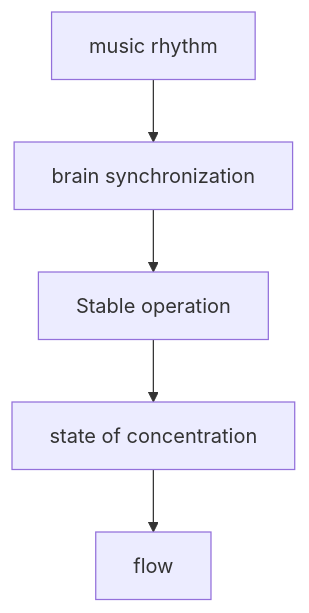
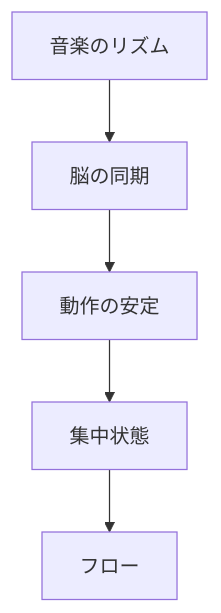
Before and after one commit to monumental-movement/monumental-movement.github.io: the first of 3 diagrams in en/_posts/2026-04-11-column-muscle-music-relation.md, drawn with Mermaid. The commit also changed other lines of this file and 2196 other files, not shown here.

```diff
--- a/en/_posts/2026-04-11-column-muscle-music-relation.md
+++ b/en/_posts/2026-04-11-column-muscle-music-relation.md
@@ -134,7 +133,7 @@
 <div class="mermaid">
 flowchart TD
-A[music rhythm] --> B[brain synchronization]
-B --> C[Stable operation]
-C --> D[state of concentration]
-D --> E[flow]
+A[音楽のリズム] --> B[脳の同期]
+B --> C[動作の安定]
+C --> D[集中状態]
+D --> E[フロー]
 </div>
```
